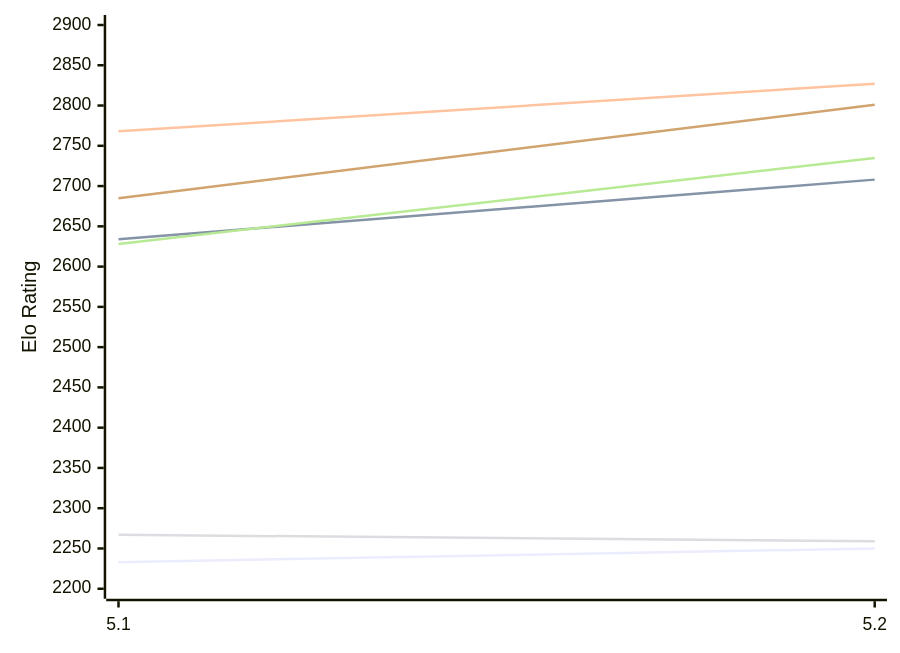
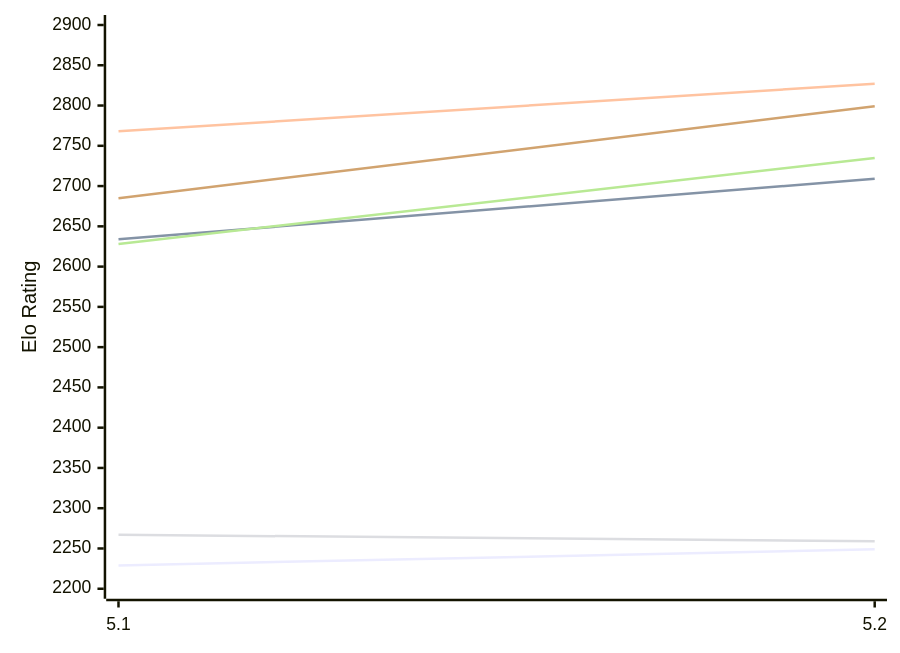
Before and after one commit to computer-chess-index/cci: the first of 2 diagrams in engines/Dorky.md, drawn with Mermaid. The commit also changed other lines of this file, not shown here.

Commit message:
Update CCI Ratings (ELO VLTC) - 2026-11-27

````diff
--- a/engines/Dorky.md
+++ b/engines/Dorky.md
@@ -50,12 +50,12 @@
 ```mermaid
 %%{init: {"theme":"base","themeVariables":{"seriesColors:['#a3a3a3','#222221','#faa371']}}}%%
 xychart-beta
   x-axis ["5.1", "5.2"]
   y-axis "Elo Rating" 2200 --> 2900
-  line "E1: STC (8.0+0.08s)" [2233, 2250]
-  line "E1: LTC (60.0+0.60s)" [2634, 2708]
+  line "E1: STC (8.0+0.08s)" [2229, 2249]
+  line "E1: LTC (60.0+0.60s)" [2634, 2709]
   line "E1: VLTC (2m24s+1.12s)" [2768, 2827]
   line "P1: STC (8.0+0.08s)" [2267, 2259]
   line "P1: LTC (60.0+0.60s)" [2628, 2735]
-  line "P1: VLTC (2m24s+1.12s)" [2685, 2801]
+  line "P1: VLTC (2m24s+1.12s)" [2685, 2799]
 ```
````
